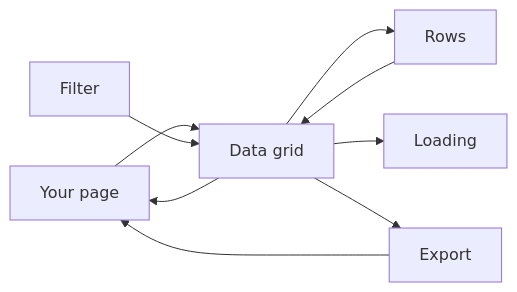
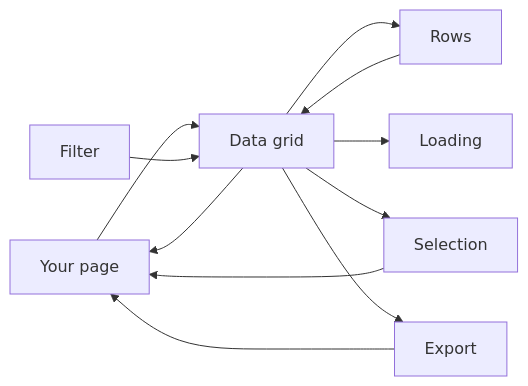
One commit to RajshekharBorate/pixel-ui changed the first of 6 diagrams in projects/pixel-ui/src/lib/pixel-data-grid/DESIGN.md. Above: the diagram before and after it, drawn with Mermaid. The commit also changed other lines of this file and 80 other files, not shown here.

Commit message:
Fill missing design flows and correct the stories that did not match component behavior.

````diff
--- a/projects/pixel-ui/src/lib/pixel-data-grid/DESIGN.md
+++ b/projects/pixel-ui/src/lib/pixel-data-grid/DESIGN.md
@@ -18,17 +18,20 @@
 ```mermaid
 flowchart LR
   page["Your page"]
   grid["Data grid"]
   row["Rows"]
   filter["Filter"]
+  select["Selection"]
   export["Export"]
   busy["Loading"]
   page --> grid
   grid --> row
   grid --> busy
   filter --> grid
   grid --> page
   row --> grid
+  grid --> select
+  select --> page
   grid --> export
   export --> page
 ```
````
